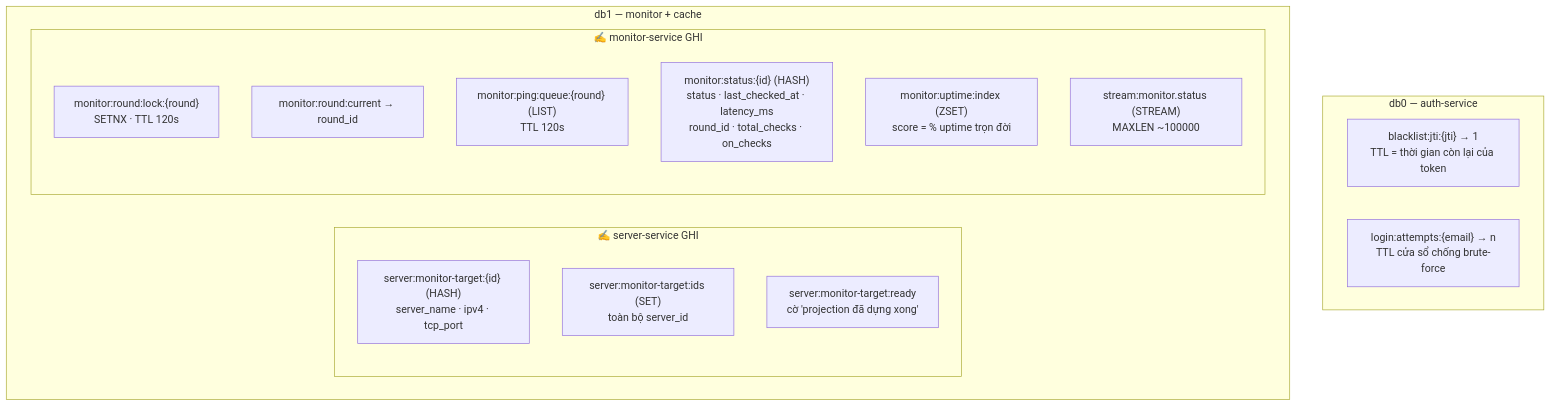
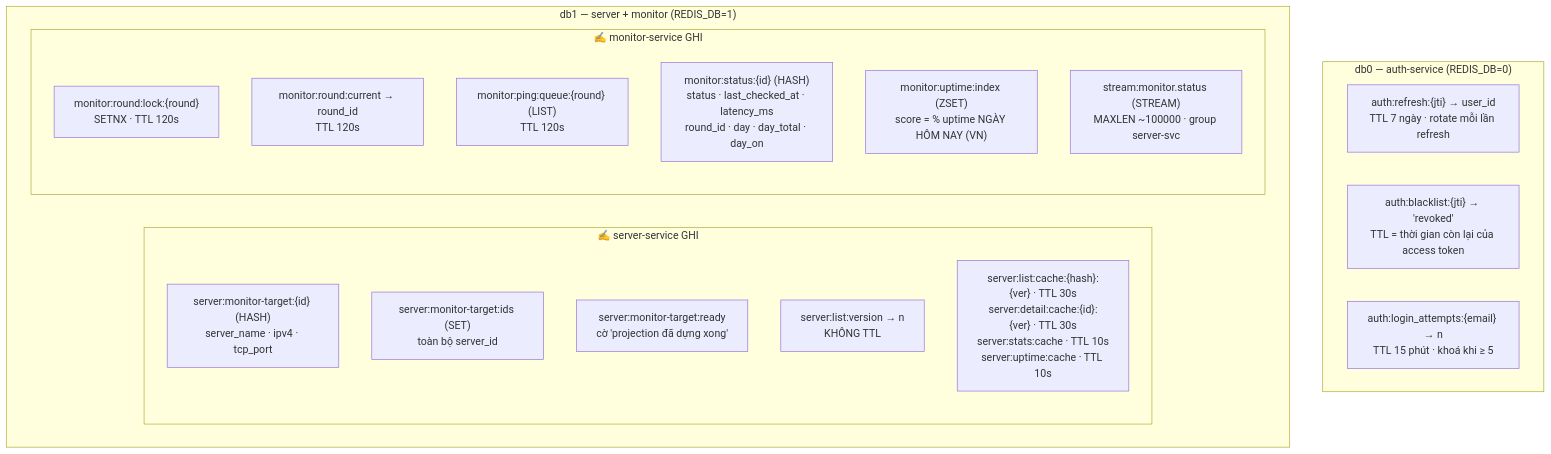
The eighth of 10 diagrams in .claude/diagrams/erd-diagram.md (dwchwang/sms_microservice), drawn with Mermaid before and after one commit. The commit also changed other lines of this file and 24 other files, not shown here.

````diff
--- a/.claude/diagrams/erd-diagram.md
+++ b/.claude/diagrams/erd-diagram.md
@@ -212,23 +254,26 @@
 ```mermaid
 graph TB
-    subgraph DB0["db0 — auth-service"]
-        A1["blacklist:jti:{jti} → 1<br/>TTL = thời gian còn lại của token"]
-        A2["login:attempts:{email} → n<br/>TTL cửa sổ chống brute-force"]
+    subgraph DB0["db0 — auth-service (REDIS_DB=0)"]
+        A1["auth:refresh:{jti} → user_id<br/>TTL 7 ngày · rotate mỗi lần refresh"]
+        A2["auth:blacklist:{jti} → 'revoked'<br/>TTL = thời gian còn lại của access token"]
+        A3["auth:login_attempts:{email} → n<br/>TTL 15 phút · khoá khi ≥ 5"]
     end
 
-    subgraph DB1["db1 — monitor + cache"]
+    subgraph DB1["db1 — server + monitor (REDIS_DB=1)"]
         subgraph OWN1["✍️ server-service GHI"]
             B1["server:monitor-target:{id} (HASH)<br/>server_name · ipv4 · tcp_port"]
             B2["server:monitor-target:ids (SET)<br/>toàn bộ server_id"]
             B3["server:monitor-target:ready<br/>cờ 'projection đã dựng xong'"]
+            B4["server:list:version → n<br/>KHÔNG TTL"]
+            B5["server:list:cache:{hash}:{ver} · TTL 30s<br/>server:detail:cache:{id}:{ver} · TTL 30s<br/>server:stats:cache · TTL 10s<br/>server:uptime:cache · TTL 10s"]
         end
         subgraph OWN2["✍️ monitor-service GHI"]
             C1["monitor:round:lock:{round}<br/>SETNX · TTL 120s"]
-            C2["monitor:round:current → round_id"]
+            C2["monitor:round:current → round_id<br/>TTL 120s"]
             C3["monitor:ping:queue:{round} (LIST)<br/>TTL 120s"]
-            C4["monitor:status:{id} (HASH)<br/>status · last_checked_at · latency_ms<br/>round_id · total_checks · on_checks"]
-            C5["monitor:uptime:index (ZSET)<br/>score = % uptime trọn đời"]
-            C6["stream:monitor.status (STREAM)<br/>MAXLEN ~100000"]
+            C4["monitor:status:{id} (HASH)<br/>status · last_checked_at · latency_ms<br/>round_id · day · day_total · day_on"]
+            C5["monitor:uptime:index (ZSET)<br/>score = % uptime NGÀY HÔM NAY (VN)"]
+            C6["stream:monitor.status (STREAM)<br/>MAXLEN ~100000 · group server-svc"]
         end
     end
 ```
````
